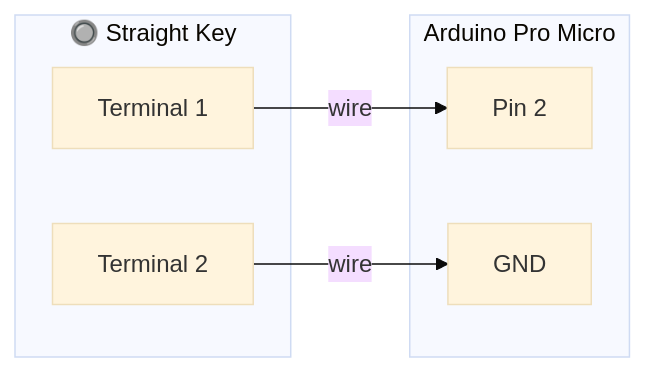
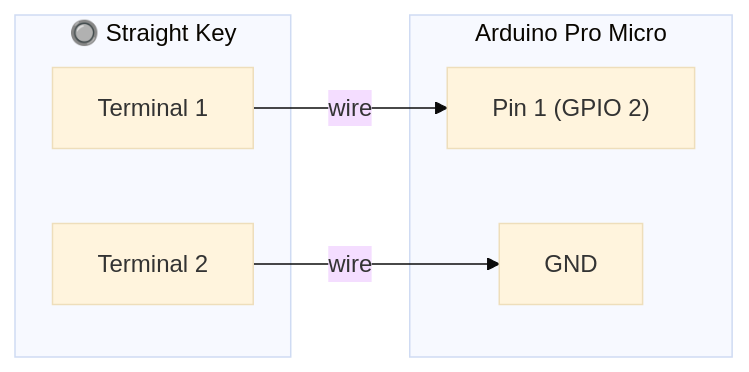
Before and after one commit to 5B4AON/mcs: the third of 5 diagrams in arduino/README.md, drawn with Mermaid (base theme). The commit also changed other lines of this file and 41 other files, not shown here.

````diff
--- a/arduino/README.md
+++ b/arduino/README.md
@@ -136,15 +180,15 @@
 ```mermaid
 flowchart LR
     subgraph key["🔘 Straight Key"]
         T1["Terminal 1"]
         T2["Terminal 2"]
     end
 
     subgraph board["Arduino Pro Micro"]
-        P2["Pin 2"]
+        P2["Pin 1 (GPIO 2)"]
         GND["GND"]
     end
 
     T1 -- "wire" --> P2
     T2 -- "wire" --> GND
 ```
````
